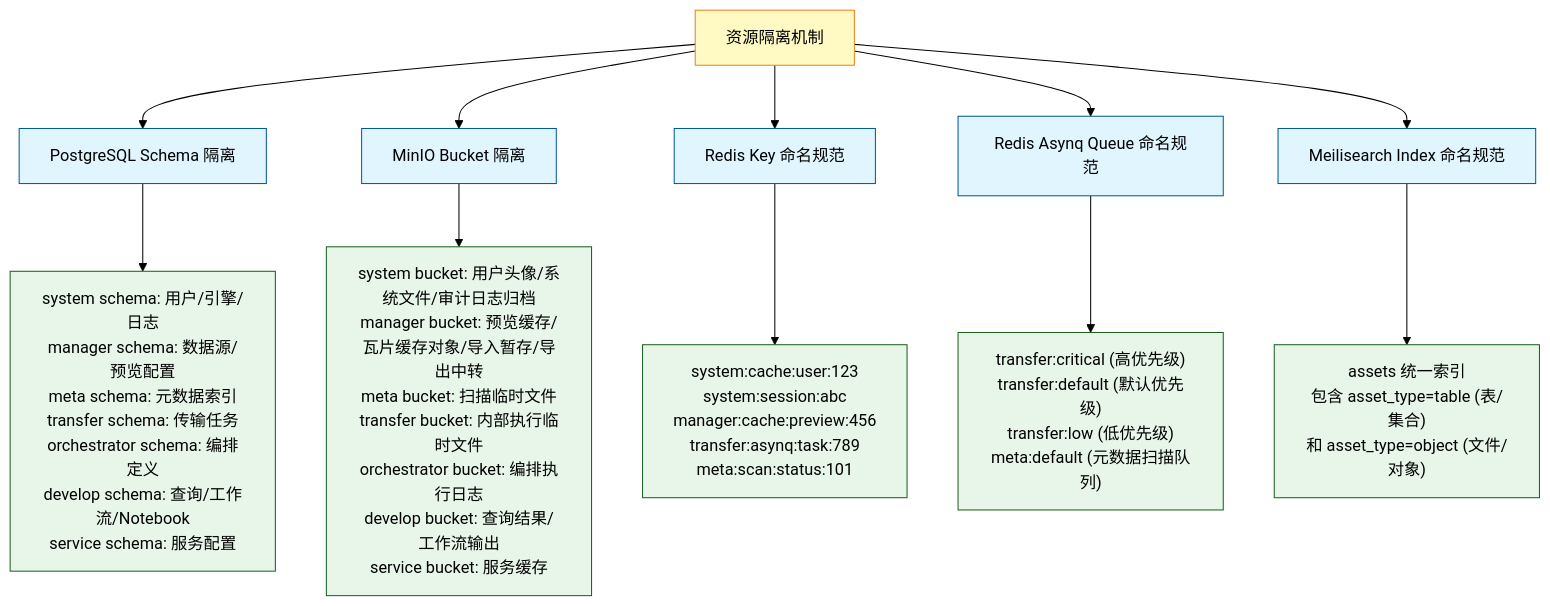
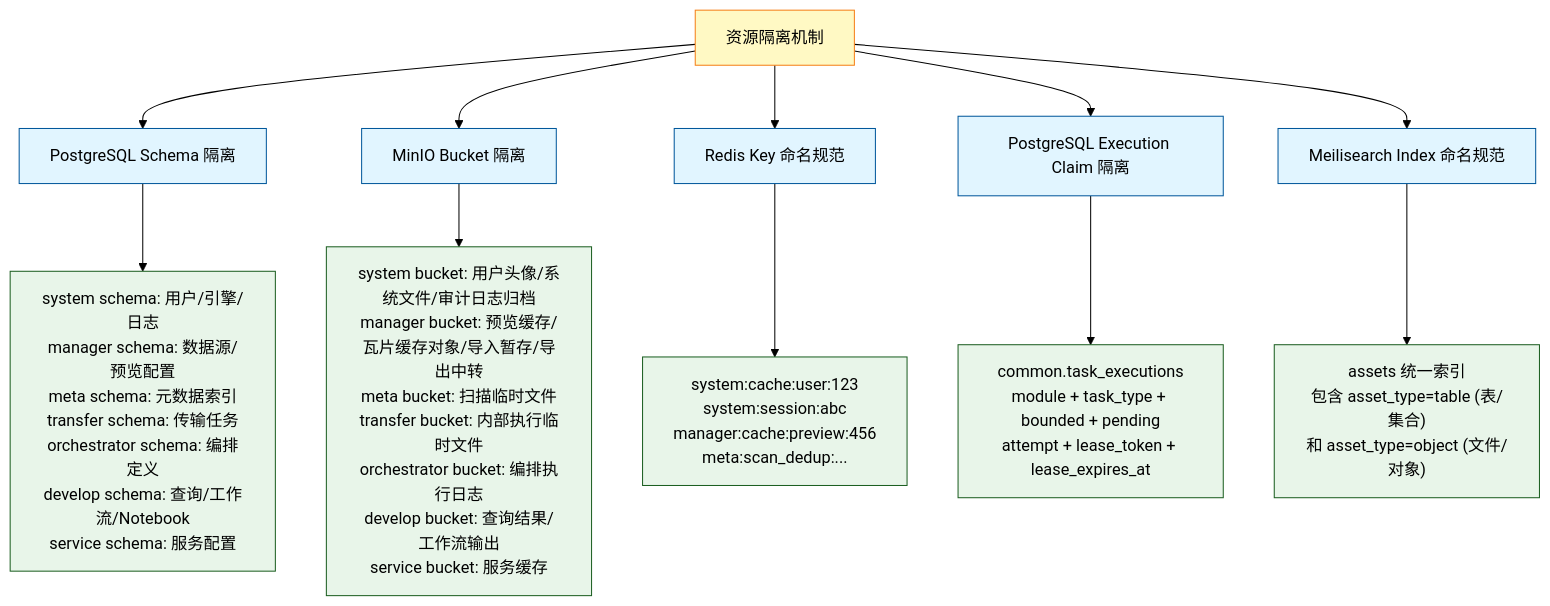
One commit to pampa0629/addp changed the second of 2 diagrams in docs/concepts/addp基础设施隔离图.md. Above: the diagram before and after it, drawn with Mermaid (forest theme). The commit also changed other lines of this file and 176 other files, not shown here.

````diff
--- a/docs/concepts/addp基础设施隔离图.md
+++ b/docs/concepts/addp基础设施隔离图.md
@@ -123,28 +123,28 @@
 ```mermaid
 graph TB
     Isolation[资源隔离机制]
 
     Isolation --> PG[PostgreSQL Schema 隔离]
     Isolation --> MinIOIso[MinIO Bucket 隔离]
     Isolation --> RedisIso[Redis Key 命名规范]
-    Isolation --> AsynqIso[Redis Asynq Queue 命名规范]
+    Isolation --> ExecutionIso[PostgreSQL Execution Claim 隔离]
     Isolation --> MeiliIso[Meilisearch Index 命名规范]
 
     PG --> PGEx["system schema: 用户/引擎/日志<br/>manager schema: 数据源/预览配置<br/>meta schema: 元数据索引<br/>transfer schema: 传输任务<br/>orchestrator schema: 编排定义<br/>develop schema: 查询/工作流/Notebook<br/>service schema: 服务配置"]
 
     MinIOIso --> MinIOEx["system bucket: 用户头像/系统文件/审计日志归档<br/>manager bucket: 预览缓存/瓦片缓存对象/导入暂存/导出中转<br/>meta bucket: 扫描临时文件<br/>transfer bucket: 内部执行临时文件<br/>orchestrator bucket: 编排执行日志<br/>develop bucket: 查询结果/工作流输出<br/>service bucket: 服务缓存"]
 
-    RedisIso --> RedisEx["system:cache:user:123<br/>system:session:abc<br/>manager:cache:preview:456<br/>transfer:asynq:task:789<br/>meta:scan:status:101"]
+    RedisIso --> RedisEx["system:cache:user:123<br/>system:session:abc<br/>manager:cache:preview:456<br/>meta:scan_dedup:..."]
 
-    AsynqIso --> AsynqEx["transfer:critical (高优先级)<br/>transfer:default (默认优先级)<br/>transfer:low (低优先级)<br/>meta:default (元数据扫描队列)"]
+    ExecutionIso --> ExecutionEx["common.task_executions<br/>module + task_type + bounded + pending<br/>attempt + lease_token + lease_expires_at"]
 
     MeiliIso --> MeiliEx["assets 统一索引<br/>包含 asset_type=table (表/集合)<br/>和 asset_type=object (文件/对象)"]
 
     classDef isolation fill:#fff9c4,stroke:#f57f17
     classDef mechanism fill:#e1f5ff,stroke:#01579b
     classDef example fill:#e8f5e9,stroke:#1b5e20
 
     class Isolation isolation
-    class PG,MinIOIso,RedisIso,AsynqIso,MeiliIso mechanism
-    class PGEx,MinIOEx,RedisEx,AsynqEx,MeiliEx example
+    class PG,MinIOIso,RedisIso,ExecutionIso,MeiliIso mechanism
+    class PGEx,MinIOEx,RedisEx,ExecutionEx,MeiliEx example
 ```
````
